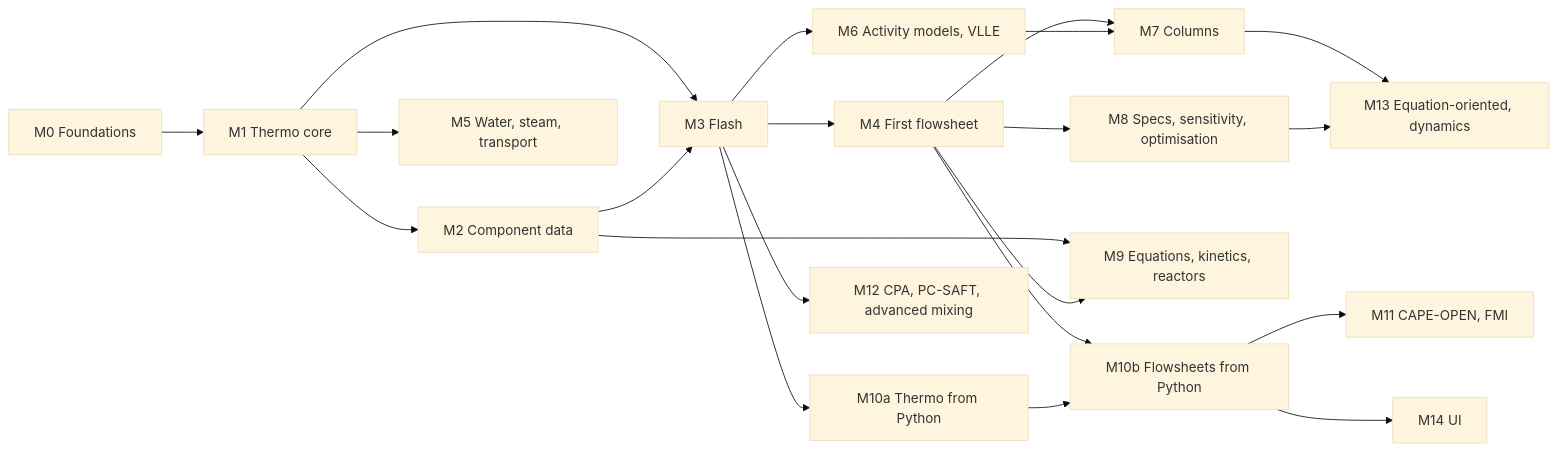
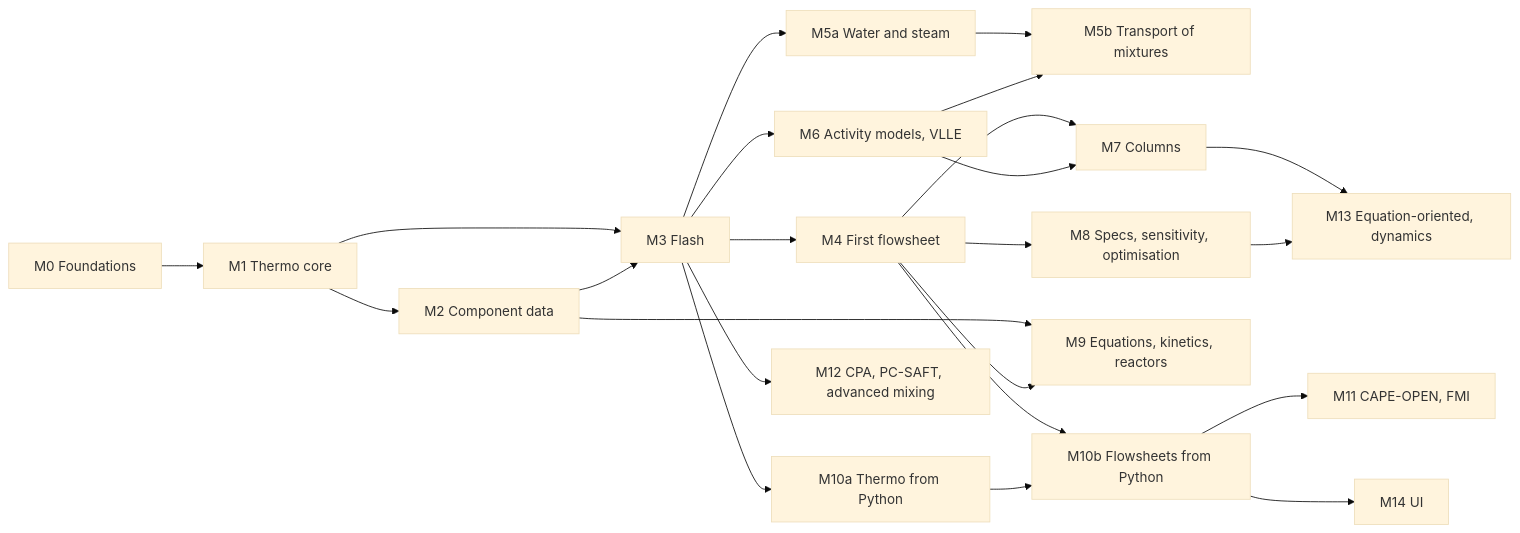
The diagram in docs/roadmap.md (RickyKimani/reflux), drawn with Mermaid (base theme) before and after one commit. The commit also changed other lines of this file and 6 other files, not shown here.

````diff
--- a/docs/roadmap.md
+++ b/docs/roadmap.md
@@ -54,23 +54,25 @@
 ```mermaid
 flowchart LR
   M0[M0 Foundations] --> M1[M1 Thermo core]
   M1 --> M2[M2 Component data]
   M1 --> M3[M3 Flash]
   M2 --> M3
   M3 --> M4[M4 First flowsheet]
-  M1 --> M5[M5 Water, steam, transport]
+  M3 --> M5a[M5a Water and steam]
+  M5a --> M5b[M5b Transport of mixtures]
+  M6 --> M5b
   M3 --> M6[M6 Activity models, VLLE]
   M4 --> M7[M7 Columns]
   M6 --> M7
   M4 --> M8[M8 Specs, sensitivity, optimisation]
   M2 --> M9[M9 Equations, kinetics, reactors]
   M4 --> M9
   M3 --> M10a[M10a Thermo from Python]
   M4 --> M10b[M10b Flowsheets from Python]
   M10a --> M10b
   M10b --> M11[M11 CAPE-OPEN, FMI]
   M3 --> M12[M12 CPA, PC-SAFT, advanced mixing]
   M7 --> M13[M13 Equation-oriented, dynamics]
   M8 --> M13
   M10b --> M14[M14 UI]
 ```
````
